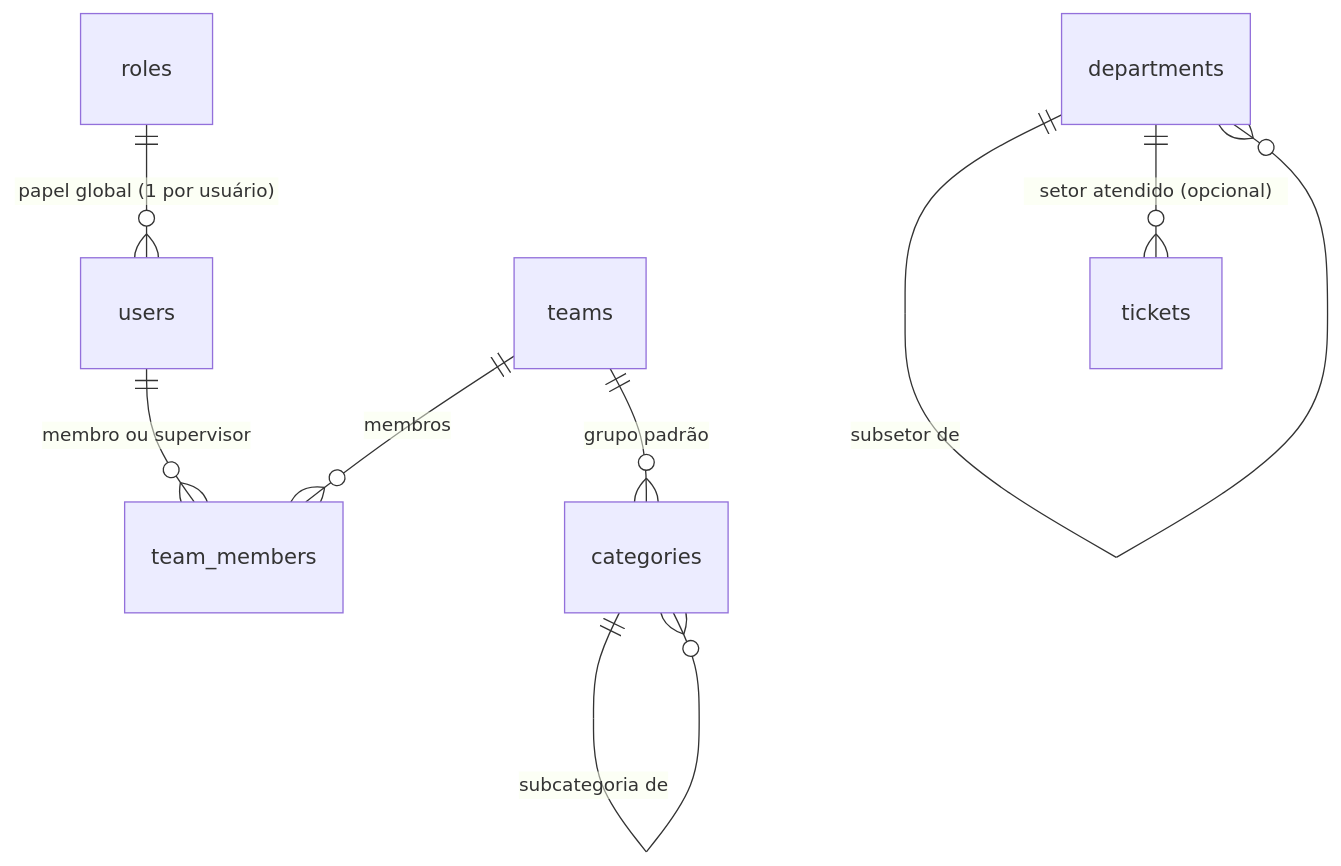
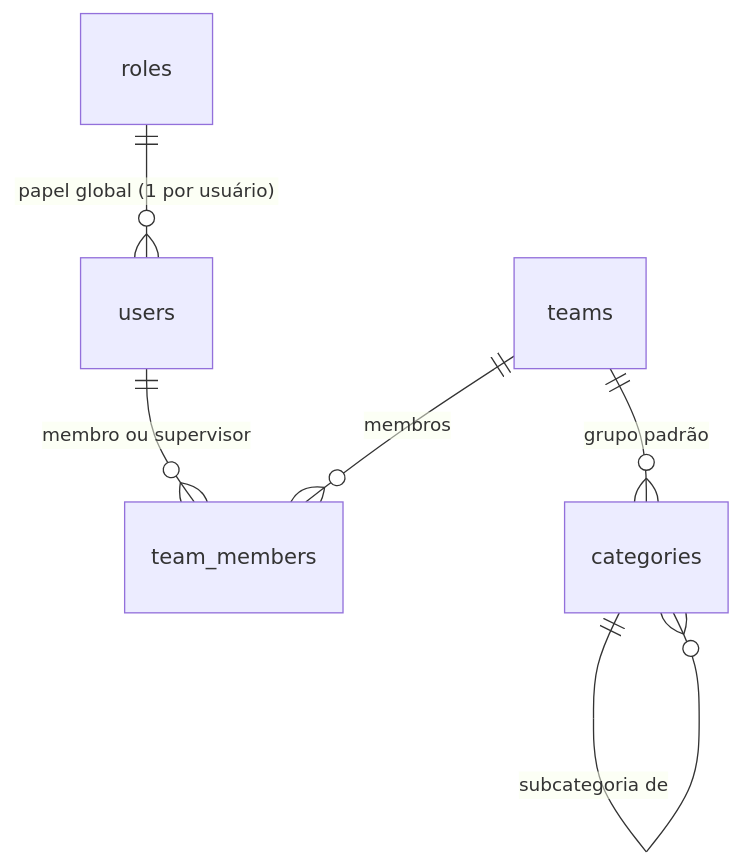
The diagram in docs/08-organizacao-e-permissoes.md (0LB-i/ticketflow), drawn with Mermaid before and after one commit. The commit also changed other lines of this file and 35 other files, not shown here.

````diff
--- a/docs/08-organizacao-e-permissoes.md
+++ b/docs/08-organizacao-e-permissoes.md
@@ -17,10 +16,8 @@
 ```mermaid
 erDiagram
     roles ||--o{ users : "papel global (1 por usuário)"
     teams ||--o{ team_members : "membros"
     users ||--o{ team_members : "membro ou supervisor"
-    departments ||--o{ departments : "subsetor de"
-    departments ||--o{ tickets : "setor atendido (opcional)"
     categories ||--o{ categories : "subcategoria de"
     teams ||--o{ categories : "grupo padrão"
 ```
````
